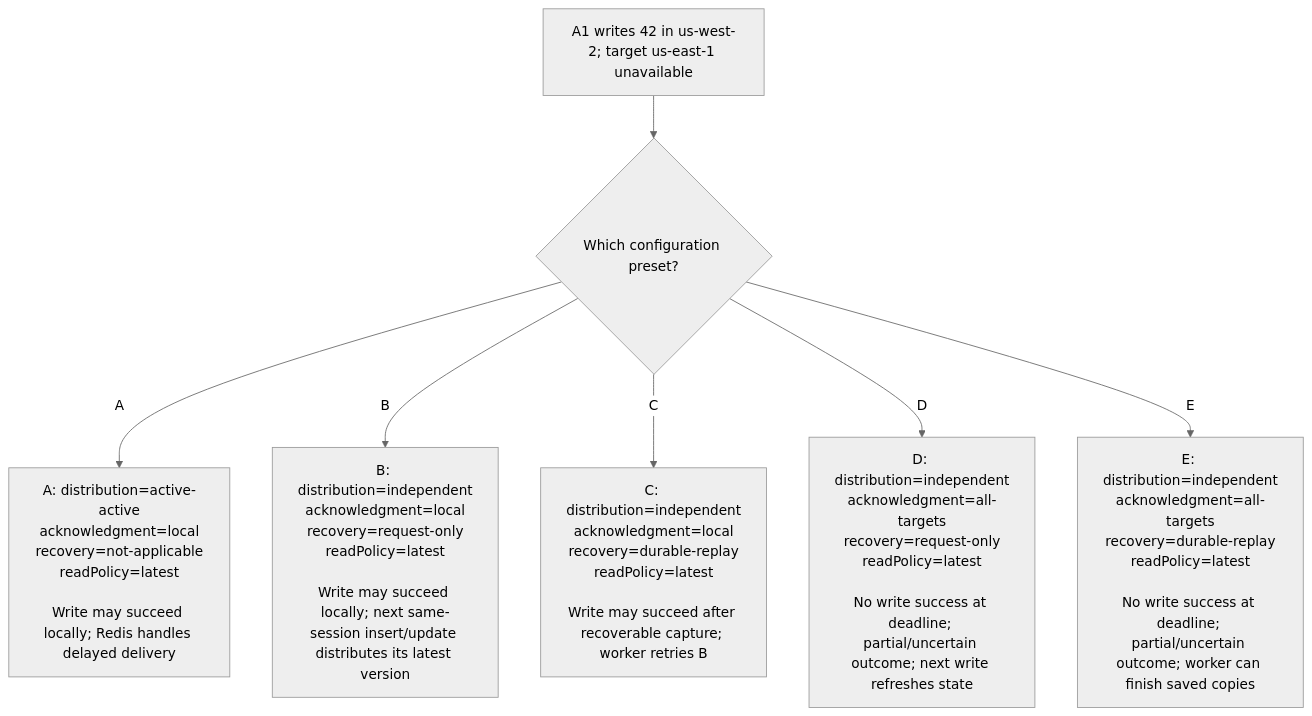
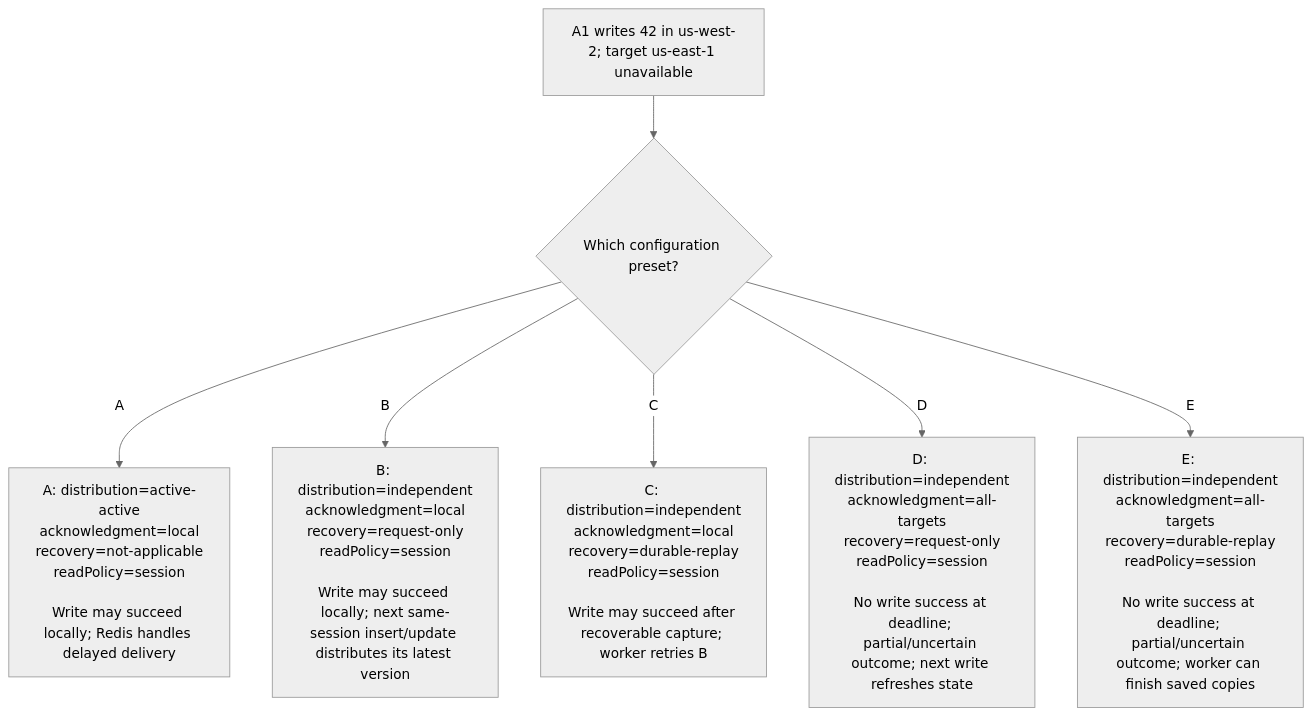
Before and after one commit to alberttwong/redis-multi-region-adapter: the third of 5 diagrams in decisions.md, drawn with Mermaid (neutral theme). The commit also changed other lines of this file and 12 other files, not shown here.

Commit message:
Clarify Session and Available read behaviors

````diff
--- a/decisions.md
+++ b/decisions.md
@@ -65,9 +65,9 @@
 ```mermaid
 flowchart TD
     Write["A1 writes 42 in us-west-2; target us-east-1 unavailable"] --> Preset{"Which configuration preset?"}
-    Preset -->|A| A["A: distribution=active-active<br/>acknowledgment=local<br/>recovery=not-applicable<br/>readPolicy=latest<br/><br/>Write may succeed locally; Redis handles delayed delivery"]
-    Preset -->|B| B["B: distribution=independent<br/>acknowledgment=local<br/>recovery=request-only<br/>readPolicy=latest<br/><br/>Write may succeed locally; next same-session insert/update distributes its latest version"]
-    Preset -->|C| C["C: distribution=independent<br/>acknowledgment=local<br/>recovery=durable-replay<br/>readPolicy=latest<br/><br/>Write may succeed after recoverable capture; worker retries B"]
-    Preset -->|D| D["D: distribution=independent<br/>acknowledgment=all-targets<br/>recovery=request-only<br/>readPolicy=latest<br/><br/>No write success at deadline; partial/uncertain outcome; next write refreshes state"]
-    Preset -->|E| E["E: distribution=independent<br/>acknowledgment=all-targets<br/>recovery=durable-replay<br/>readPolicy=latest<br/><br/>No write success at deadline; partial/uncertain outcome; worker can finish saved copies"]
+    Preset -->|A| A["A: distribution=active-active<br/>acknowledgment=local<br/>recovery=not-applicable<br/>readPolicy=session<br/><br/>Write may succeed locally; Redis handles delayed delivery"]
+    Preset -->|B| B["B: distribution=independent<br/>acknowledgment=local<br/>recovery=request-only<br/>readPolicy=session<br/><br/>Write may succeed locally; next same-session insert/update distributes its latest version"]
+    Preset -->|C| C["C: distribution=independent<br/>acknowledgment=local<br/>recovery=durable-replay<br/>readPolicy=session<br/><br/>Write may succeed after recoverable capture; worker retries B"]
+    Preset -->|D| D["D: distribution=independent<br/>acknowledgment=all-targets<br/>recovery=request-only<br/>readPolicy=session<br/><br/>No write success at deadline; partial/uncertain outcome; next write refreshes state"]
+    Preset -->|E| E["E: distribution=independent<br/>acknowledgment=all-targets<br/>recovery=durable-replay<br/>readPolicy=session<br/><br/>No write success at deadline; partial/uncertain outcome; worker can finish saved copies"]
 ```
````
